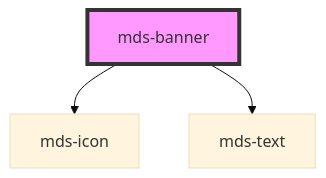
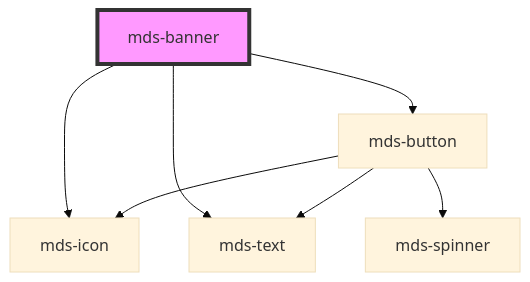
The diagram in projects/stencil/src/components/mds-banner/readme.md (magma-design-system/magma), drawn with Mermaid (base theme) before and after one commit. The commit also changed other lines of this file and 65 other files, not shown here.

Commit message:
refact(stencil): change button icons to mds-button components

````diff
--- a/projects/stencil/src/components/mds-banner/readme.md
+++ b/projects/stencil/src/components/mds-banner/readme.md
@@ -57,6 +58,10 @@
 ```mermaid
 graph TD;
   mds-banner --> mds-icon
   mds-banner --> mds-text
+  mds-banner --> mds-button
+  mds-button --> mds-spinner
+  mds-button --> mds-icon
+  mds-button --> mds-text
   style mds-banner fill:#f9f,stroke:#333,stroke-width:4px
 ```
````
